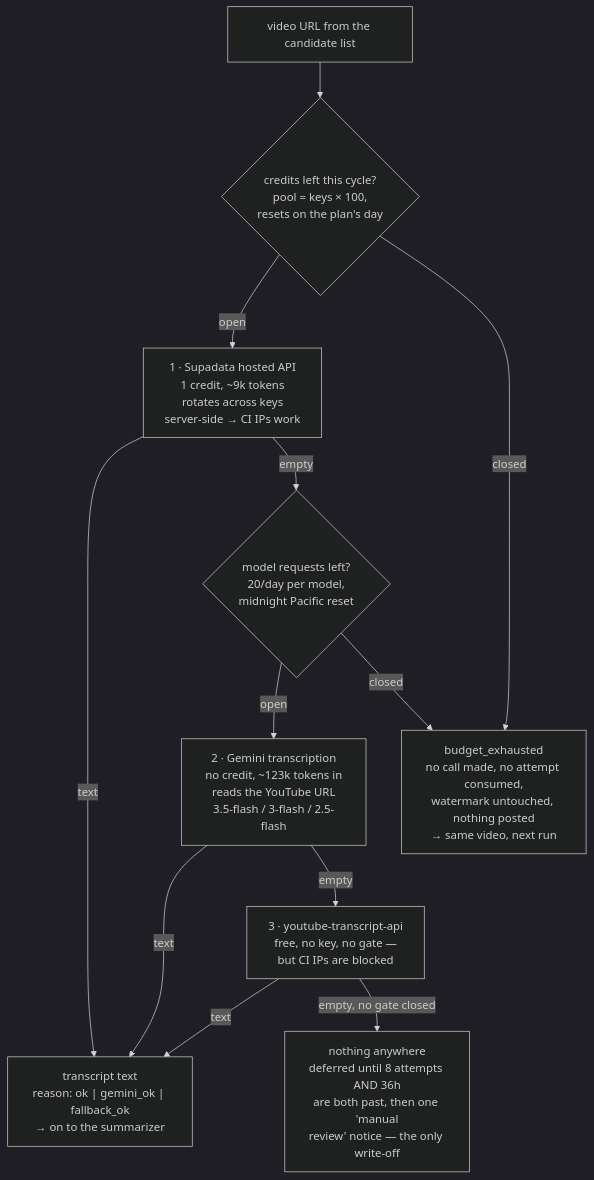
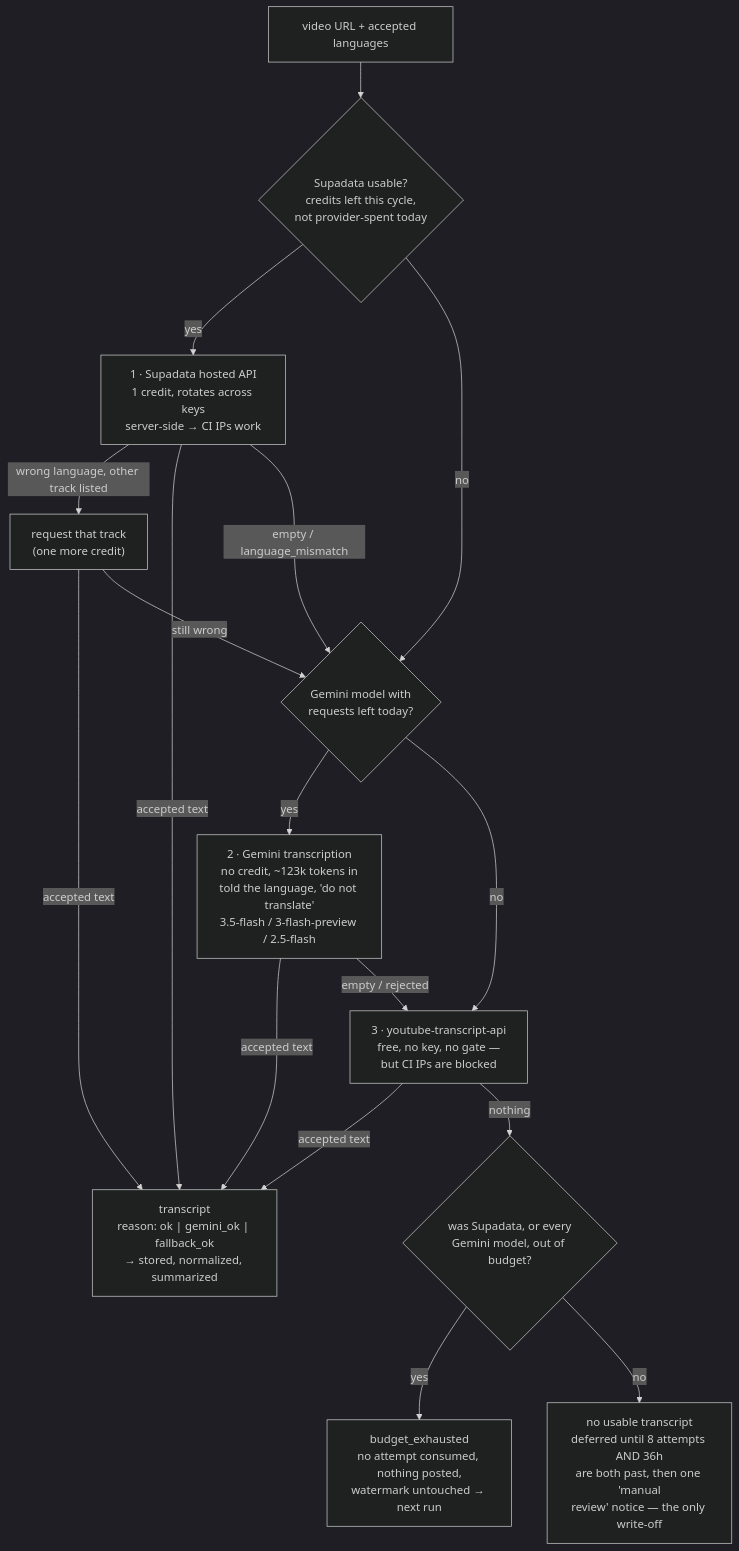
One commit to Oussamawork/YouTubeAutoSummarizer changed the second of 4 diagrams in docs/architecture.md. Above: the diagram before and after it, drawn with Mermaid (dark theme). The commit also changed other lines of this file, not shown here.

First line of the commit message:
docs: bring the architecture doc up to date with main

````diff
--- a/docs/architecture.md
+++ b/docs/architecture.md
@@ -84,18 +117,24 @@
 ```mermaid
 flowchart TD
-    IN["video URL from the candidate list"] --> G1{"credits left this cycle?<br/>pool = keys × 100,<br/>resets on the plan's day"}
-    G1 -->|open| A["1 · Supadata hosted API<br/>1 credit, ~9k tokens<br/>rotates across keys<br/>server-side → CI IPs work"]
-    G1 -->|closed| DEFER
-    A -->|text| OK
-    A -->|empty| G2{"model requests left?<br/>20/day per model,<br/>midnight Pacific reset"}
-    G2 -->|open| B["2 · Gemini transcription<br/>no credit, ~123k tokens in<br/>reads the YouTube URL<br/>3.5-flash / 3-flash / 2.5-flash"]
-    G2 -->|closed| DEFER
-    B -->|text| OK
-    B -->|empty| C["3 · youtube-transcript-api<br/>free, no key, no gate —<br/>but CI IPs are blocked"]
-    C -->|text| OK
-    C -->|"empty, no gate closed"| FAIL
+    IN["video URL + accepted languages"] --> G1{"Supadata usable?<br/>credits left this cycle,<br/>not provider-spent today"}
+    G1 -->|yes| A["1 · Supadata hosted API<br/>1 credit, rotates across keys<br/>server-side → CI IPs work"]
+    G1 -->|no| G2
+    A -->|"wrong language, other track listed"| A2["request that track<br/>(one more credit)"]
+    A -->|"accepted text"| OK
+    A2 -->|"accepted text"| OK
+    A -->|"empty / language_mismatch"| G2
+    A2 -->|still wrong| G2
+    G2{"Gemini model with<br/>requests left today?"}
+    G2 -->|yes| B["2 · Gemini transcription<br/>no credit, ~123k tokens in<br/>told the language, 'do not translate'<br/>3.5-flash / 3-flash-preview / 2.5-flash"]
+    G2 -->|no| C
+    B -->|"accepted text"| OK
+    B -->|"empty / rejected"| C["3 · youtube-transcript-api<br/>free, no key, no gate —<br/>but CI IPs are blocked"]
+    C -->|"accepted text"| OK
+    C -->|"nothing"| Q{"was Supadata, or every<br/>Gemini model, out of budget?"}
+    Q -->|yes| DEFER
+    Q -->|no| FAIL
 
-    OK["transcript text<br/>reason: ok | gemini_ok | fallback_ok<br/>→ on to the summarizer"]
-    DEFER["budget_exhausted<br/>no call made, no attempt consumed,<br/>watermark untouched, nothing posted<br/>→ same video, next run"]
-    FAIL["nothing anywhere<br/>deferred until 8 attempts AND 36h<br/>are both past, then one 'manual<br/>review' notice — the only write-off"]
+    OK["transcript<br/>reason: ok | gemini_ok | fallback_ok<br/>→ stored, normalized, summarized"]
+    DEFER["budget_exhausted<br/>no attempt consumed, nothing posted,<br/>watermark untouched → next run"]
+    FAIL["no usable transcript<br/>deferred until 8 attempts AND 36h<br/>are both past, then one 'manual<br/>review' notice — the only write-off"]
 ```
````
